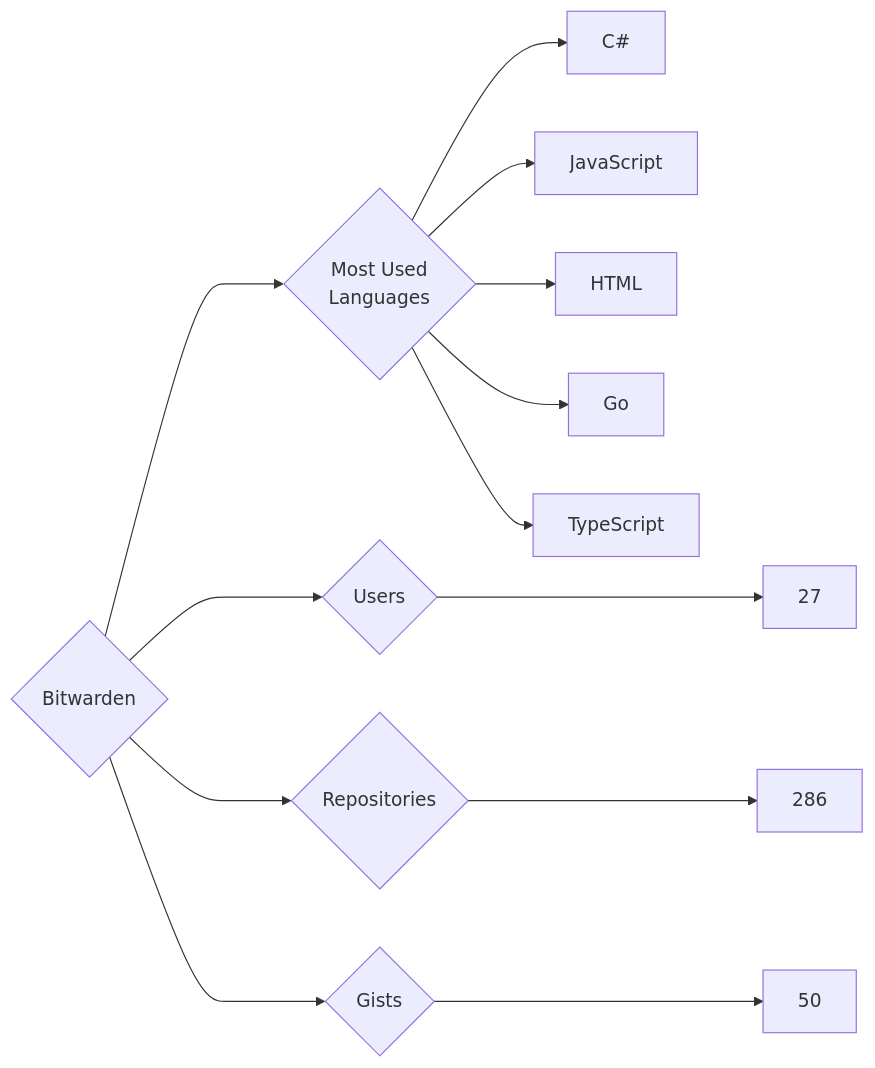
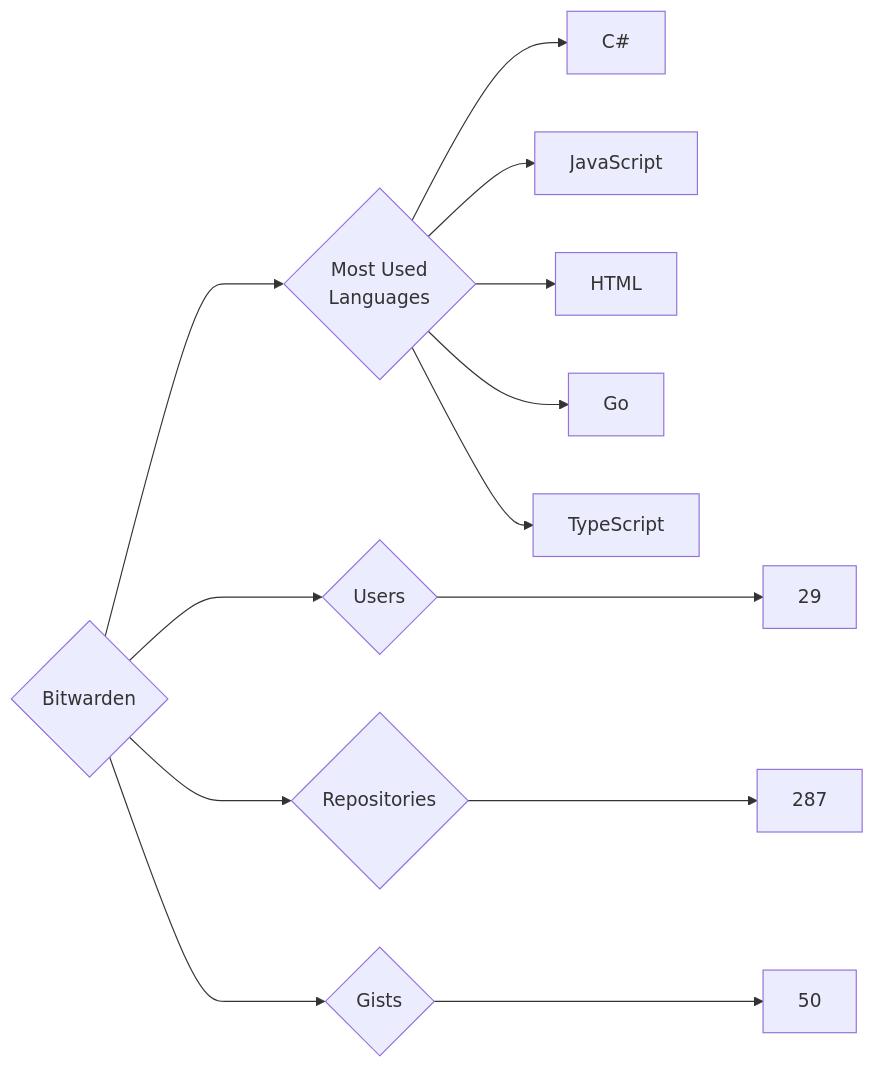
The diagram in targets/Bitwarden/README.md (trickest/insiders), drawn with Mermaid before and after one commit. The commit also changed 874 other files, not shown here.

````diff
--- a/targets/Bitwarden/README.md
+++ b/targets/Bitwarden/README.md
@@ -3,13 +3,13 @@
 ```mermaid
 graph LR
 COMPANY_NAME{Bitwarden}
-COMPANY_NAME ---> U{Users} ---> UN[27]
-COMPANY_NAME ---> R{Repositories} ---> RN[286]
+COMPANY_NAME ---> U{Users} ---> UN[29]
+COMPANY_NAME ---> R{Repositories} ---> RN[287]
 COMPANY_NAME ---> G{Gists} ---> GN[50]
 COMPANY_NAME ---> ML{Most Used<br>Languages}
 ML --> C#[C#]
 ML --> JavaScript[JavaScript]
 ML --> HTML[HTML]
 ML --> Go[Go]
 ML --> TypeScript[TypeScript]
 ```
````
